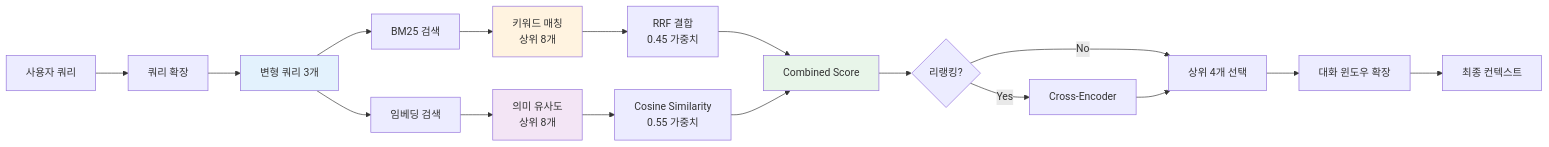
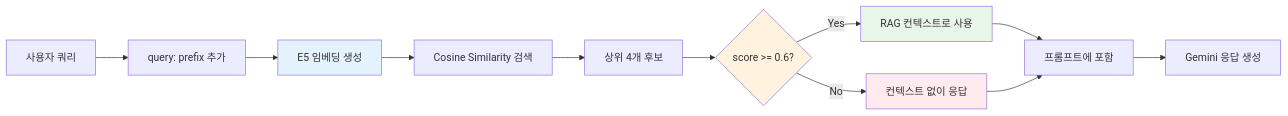
Before and after one commit to kim0040/masamong: the fourth of 4 diagrams in README.md, drawn with Mermaid. The commit also changed other lines of this file, not shown here.

Commit message:
docs: Comprehensive README update with current tech stack, simplified RAG diagram, and Ubuntu/Mac instructions

````diff
--- a/README.md
+++ b/README.md
@@ -427,30 +426,21 @@
 ```mermaid
 graph LR
-    A[사용자 쿼리] --> B[쿼리 확장]
-    B --> C[변형 쿼리 3개]
+    A[사용자 쿼리] --> B["query:" prefix 추가]
+    B --> C[E5 임베딩 생성]
     
-    C --> D[BM25 검색]
-    C --> E[임베딩 검색]
+    C --> D[Cosine Similarity 검색]
+    D --> E[상위 4개 후보]
     
-    D --> F[키워드 매칭<br/>상위 8개]
-    E --> G[의미 유사도<br/>상위 8개]
+    E --> F{score >= 0.6?}
+    F -->|Yes| G[RAG 컨텍스트로 사용]
+    F -->|No| H[컨텍스트 없이 응답]
     
-    F --> H[RRF 결합<br/>0.45 가중치]
-    G --> I[Cosine Similarity<br/>0.55 가중치]
-    
-    H --> J[Combined Score]
-    I --> J
-    
-    J --> K{리랭킹?}
-    K -->|Yes| L[Cross-Encoder]
-    K -->|No| M[상위 4개 선택]
-    L --> M
-    
-    M --> N[대화 윈도우 확장]
-    N --> O[최종 컨텍스트]
+    G --> I[프롬프트에 포함]
+    H --> I
+    I --> J[Gemini 응답 생성]
     
     style C fill:#e3f2fd
     style F fill:#fff3e0
-    style G fill:#f3e5f5
-    style J fill:#e8f5e9
+    style G fill:#e8f5e9
+    style H fill:#ffebee
 ```
````
